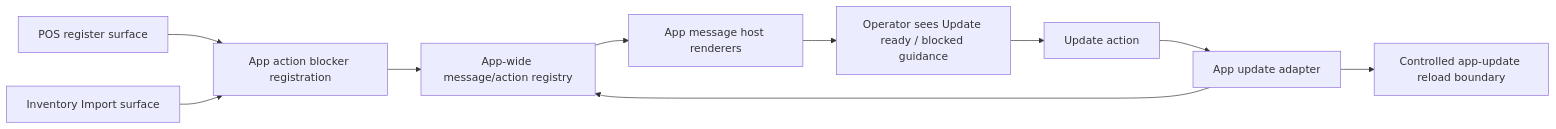
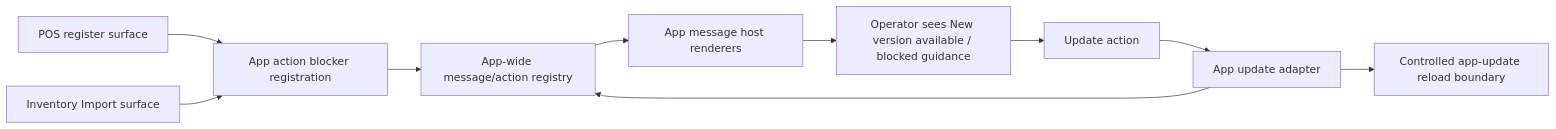
Before and after one commit to kwam1na/athena: the diagram in docs/plans/2026-06-20-001-refactor-app-wide-message-action-foundation-plan.md, drawn with Mermaid. The commit also changed 23 other files, not shown here.

````diff
--- a/docs/plans/2026-06-20-001-refactor-app-wide-message-action-foundation-plan.md
+++ b/docs/plans/2026-06-20-001-refactor-app-wide-message-action-foundation-plan.md
@@ -112,12 +112,12 @@
 ```mermaid
 flowchart LR
   SurfacePOS["POS register surface"] --> Blocker["App action blocker registration"]
   SurfaceImport["Inventory Import surface"] --> Blocker
   AppUpdate["App update adapter"] --> Message["App-wide message/action registry"]
   Blocker --> Message
   Message --> Host["App message host renderers"]
-  Host --> Operator["Operator sees Update ready / blocked guidance"]
+  Host --> Operator["Operator sees New version available / blocked guidance"]
   Operator --> Action["Update action"]
   Action --> AppUpdate
   AppUpdate --> Reload["Controlled app-update reload boundary"]
 ```
````
